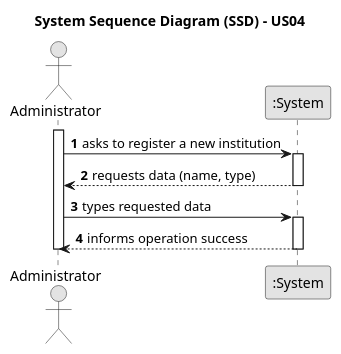
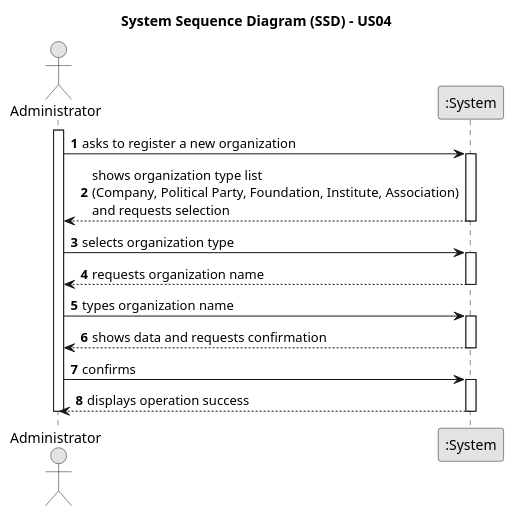
One commit to brunodspinto/crystal-clear-platform changed the diagram in docs/system-documentation/US04/01.requirements-engineering/puml/US04-SSD.puml. Above: the diagram before and after it, drawn with PlantUML. The commit also changed 23 other files, not shown here.

Commit message:
Altered Institution to Organiztion to avoid confusion with a term of spirnt 2, and changed OrganizationType to be an Enum. US altered: 03, 04, 06, and Global Artifacts

```diff
--- a/docs/system-documentation/US04/01.requirements-engineering/puml/US04-SSD.puml
+++ b/docs/system-documentation/US04/01.requirements-engineering/puml/US04-SSD.puml
@@ -1,27 +1,37 @@
 @startuml
 skinparam monochrome true
 skinparam packageStyle rectangle
 skinparam shadowing false
 
 title System Sequence Diagram (SSD) - US04
 
 autonumber
 
 actor "Administrator" as Admin
 participant ":System" as System
 
 activate Admin
 
-Admin -> System : asks to register a new institution
+Admin -> System : asks to register a new organization
 activate System
-System --> Admin : requests data (name, type)
+System --> Admin : shows organization type list\n(Company, Political Party, Foundation, Institute, Association)\nand requests selection
 deactivate System
 
-Admin -> System : types requested data
+Admin -> System : selects organization type
 activate System
-System --> Admin : informs operation success
+System --> Admin : requests organization name
+deactivate System
+
+Admin -> System : types organization name
+activate System
+System --> Admin : shows data and requests confirmation
+deactivate System
+
+Admin -> System : confirms
+activate System
+System --> Admin : displays operation success
 deactivate System
 
 deactivate Admin
 
 @enduml
```
